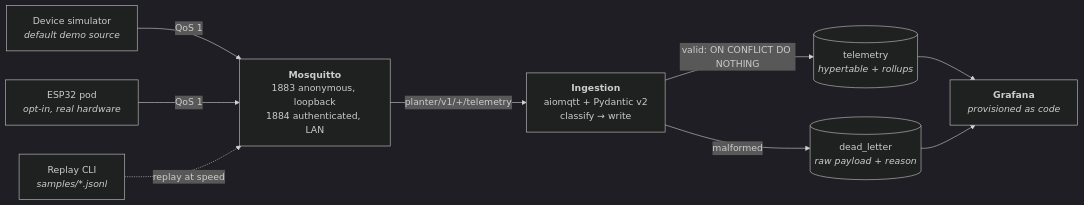
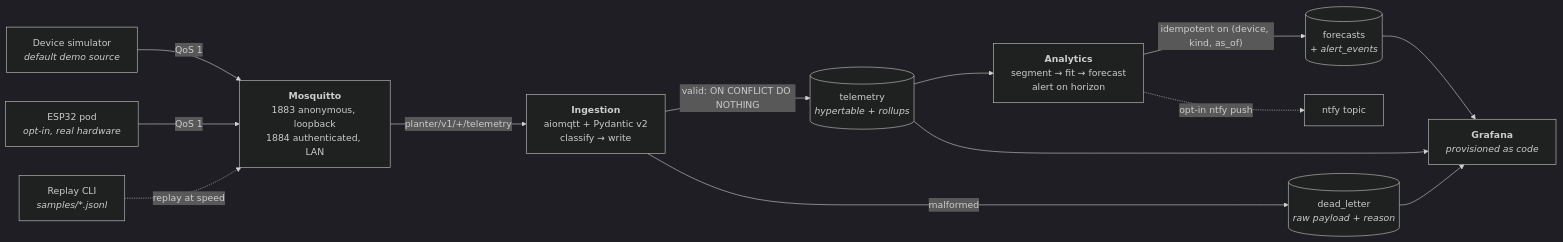
Before and after one commit to Micha-JS/planter-telemetry: the diagram in docs/architecture.md, drawn with Mermaid (dark theme). The commit also changed other lines of this file and 5 other files, not shown here.

````diff
--- a/docs/architecture.md
+++ b/docs/architecture.md
@@ -7,22 +7,28 @@
 ```mermaid
 flowchart LR
     sim["Device simulator<br/><i>default demo source</i>"]
     pod["ESP32 pod<br/><i>opt-in, real hardware</i>"]
     replay["Replay CLI<br/><i>samples/*.jsonl</i>"]
 
     broker["<b>Mosquitto</b><br/>1883 anonymous, loopback<br/>1884 authenticated, LAN"]
     ingest["<b>Ingestion</b><br/>aiomqtt + Pydantic v2<br/>classify → write"]
 
     telemetry[("telemetry<br/><i>hypertable + rollups</i>")]
     dead[("dead_letter<br/><i>raw payload + reason</i>")]
+    analytics["<b>Analytics</b><br/>segment → fit → forecast<br/>alert on horizon"]
+    forecasts[("forecasts<br/><i>+ alert_events</i>")]
     grafana["<b>Grafana</b><br/><i>provisioned as code</i>"]
 
     sim -->|"QoS 1"| broker
     pod -->|"QoS 1"| broker
     replay -.->|"replay at speed"| broker
     broker -->|"planter/v1/+/telemetry"| ingest
     ingest -->|"valid: ON CONFLICT DO NOTHING"| telemetry
     ingest -->|"malformed"| dead
+    telemetry --> analytics
+    analytics -->|"idempotent on (device, kind, as_of)"| forecasts
+    analytics -.->|"opt-in ntfy push"| ntfy["ntfy topic"]
     telemetry --> grafana
     dead --> grafana
+    forecasts --> grafana
 ```
````
